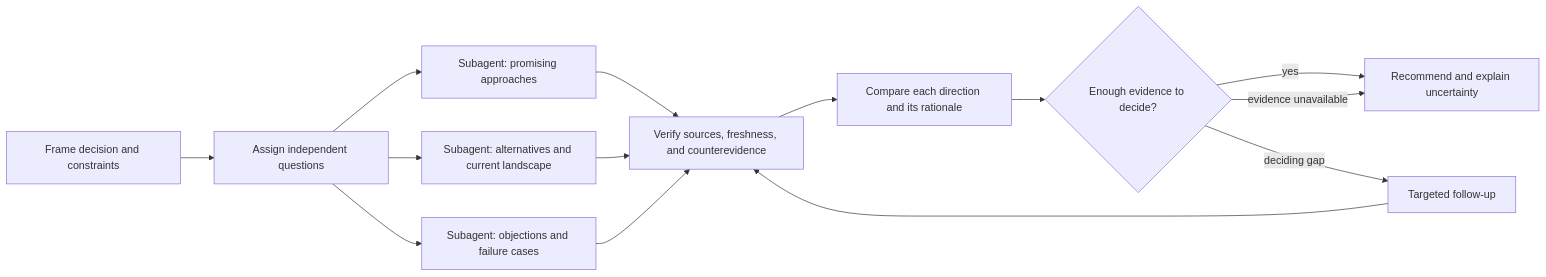
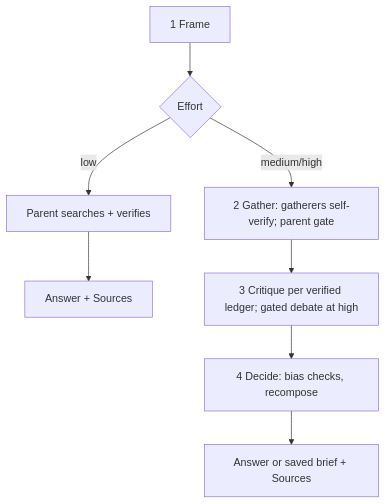
The diagram in skills/octocode-brainstorming/SKILL.md (bgauryy/octocode-mcp), drawn with Mermaid before and after one commit. The commit also changed other lines of this file and 980 other files, not shown here.

````diff
--- a/skills/octocode-brainstorming/SKILL.md
+++ b/skills/octocode-brainstorming/SKILL.md
@@ -10,16 +10,9 @@
 ```mermaid
-flowchart LR
-  F[Frame decision and constraints] --> Q[Assign independent questions]
-  Q --> A[Subagent: promising approaches]
-  Q --> B[Subagent: alternatives and current landscape]
-  Q --> C[Subagent: objections and failure cases]
-  A --> V[Verify sources, freshness, and counterevidence]
-  B --> V
-  C --> V
-  V --> S[Compare each direction and its rationale]
-  S --> D{Enough evidence to decide?}
-  D -- yes --> R[Recommend and explain uncertainty]
-  D -- deciding gap --> G[Targeted follow-up]
-  D -- evidence unavailable --> R
-  G --> V
+flowchart TD
+  F[1 Frame] --> E{Effort}
+  E -- low --> LG[Parent searches + verifies] --> A[Answer + Sources]
+  E -- medium/high --> G[2 Gather: gatherers self-verify; parent gate]
+  G --> K[3 Critique per verified ledger; gated debate at high]
+  K --> D[4 Decide: bias checks, recompose]
+  D --> R[Answer or saved brief + Sources]
 ```
````
